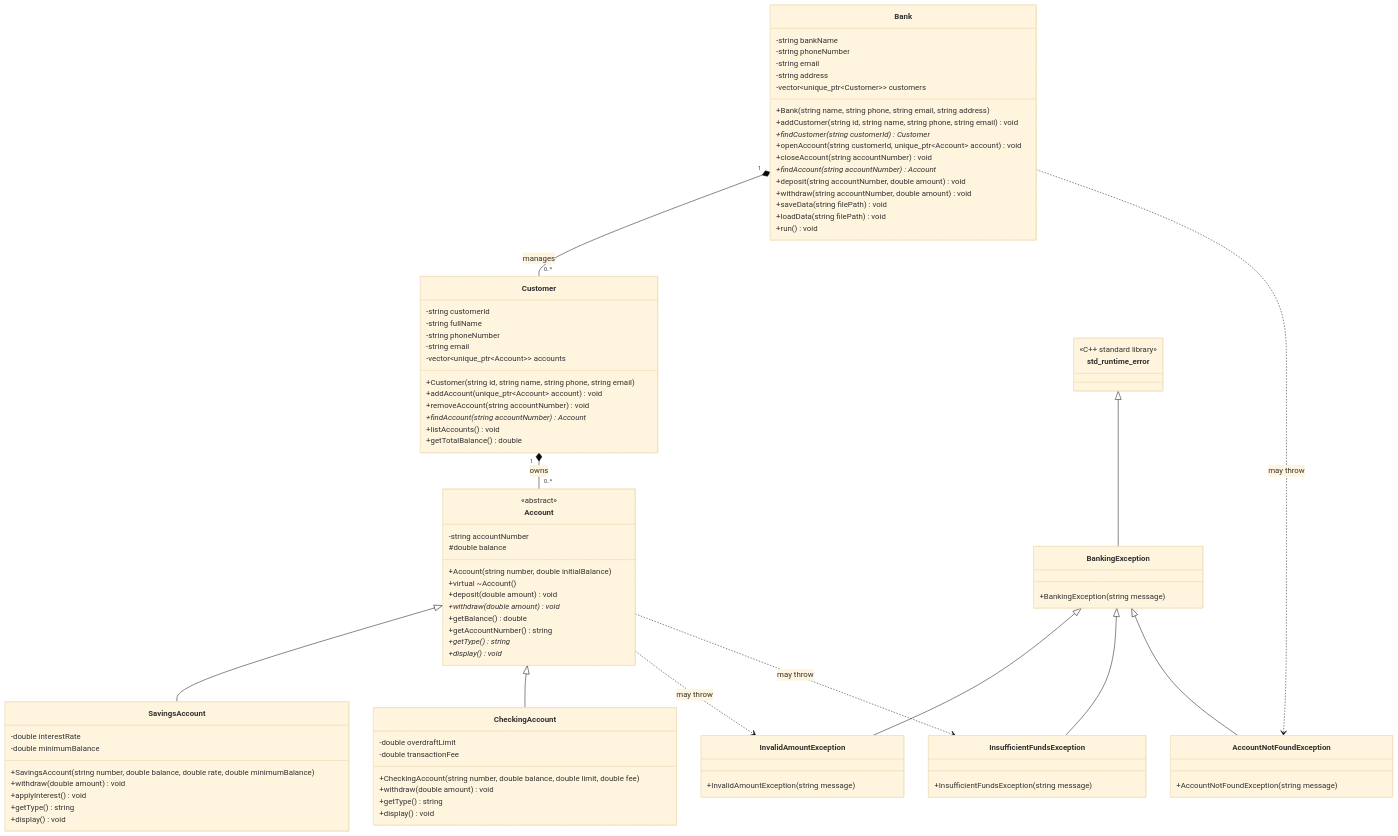
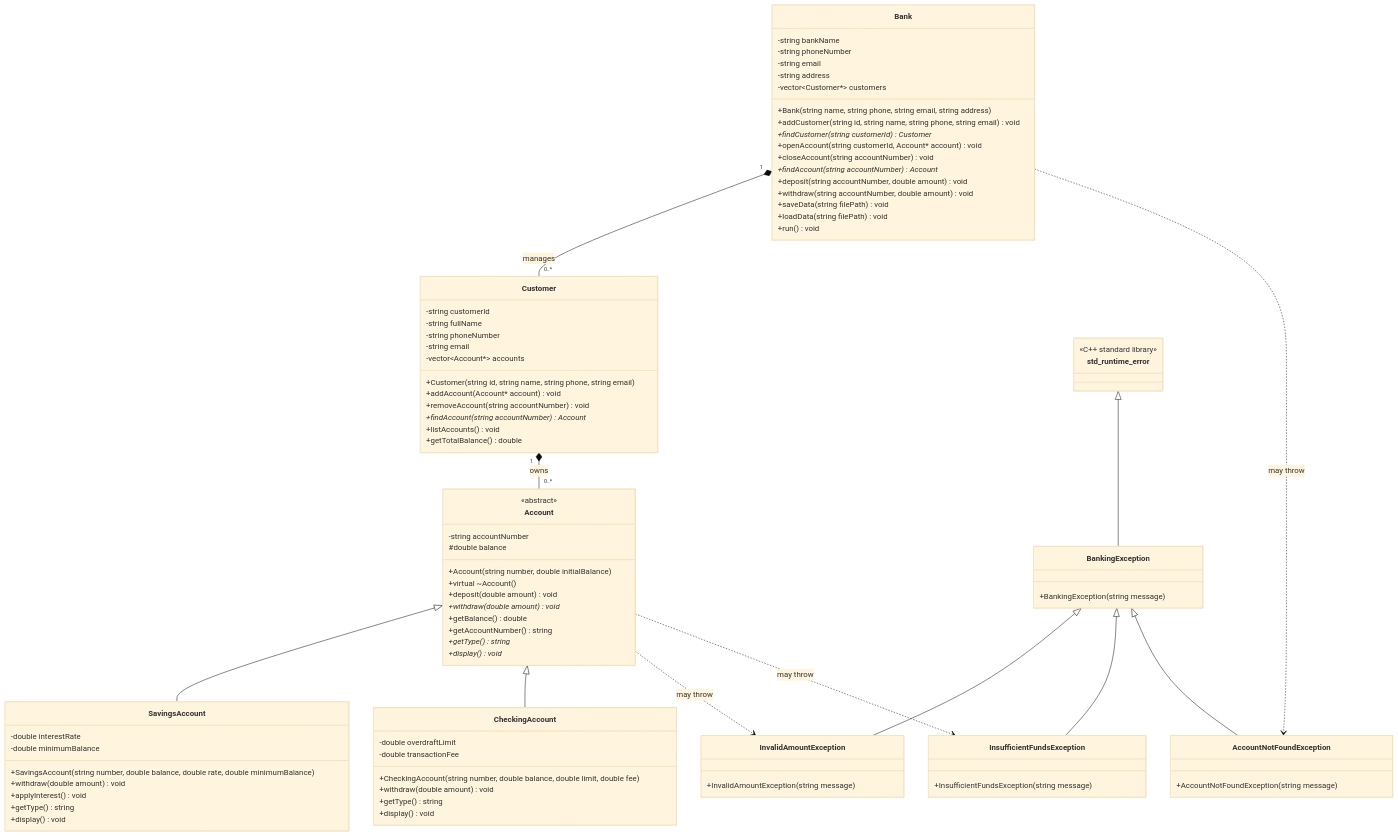
The diagram in README.md (mubina-yigitaliyeva/bank-account-system), drawn with Mermaid (base theme) before and after one commit. The commit also changed 1 other file, not shown here.

Commit message:
updated diagram

```diff
--- a/README.md
+++ b/README.md
@@ -13,11 +13,11 @@
         -string phoneNumber
         -string email
         -string address
-        -vector~unique_ptr~Customer~~ customers
+        -vector~Customer*~ customers
         +Bank(string name, string phone, string email, string address)
         +addCustomer(string id, string name, string phone, string email) void
         +findCustomer(string customerId) Customer*
-        +openAccount(string customerId, unique_ptr~Account~ account) void
+        +openAccount(string customerId, Account* account) void
         +closeAccount(string accountNumber) void
         +findAccount(string accountNumber) Account*
         +deposit(string accountNumber, double amount) void
@@ -32,9 +32,9 @@
         -string fullName
         -string phoneNumber
         -string email
-        -vector~unique_ptr~Account~~ accounts
+        -vector~Account*~ accounts
         +Customer(string id, string name, string phone, string email)
-        +addAccount(unique_ptr~Account~ account) void
+        +addAccount(Account* account) void
         +removeAccount(string accountNumber) void
         +findAccount(string accountNumber) Account*
         +listAccounts() void
```
